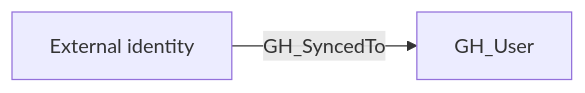
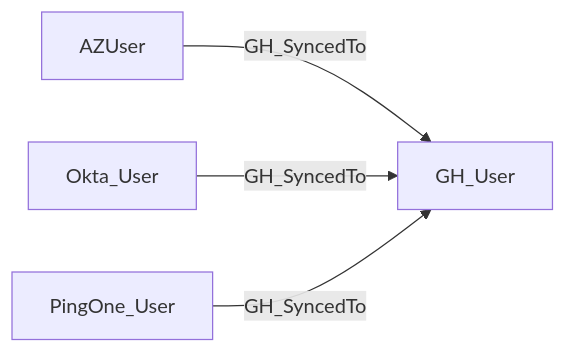
One commit to SpecterOps/openhound-github changed the diagram in descriptions/edges/GH_SyncedTo.md. Above: the diagram before and after it, drawn with Mermaid. The commit also changed other lines of this file and 2 other files, not shown here.

Commit message:
docs: clarify GitHub hybrid edge endpoints

````diff
--- a/descriptions/edges/GH_SyncedTo.md
+++ b/descriptions/edges/GH_SyncedTo.md
@@ -9,6 +9,6 @@
 ```mermaid
 graph LR
-    n0["External identity"]
-    n1["GH_User"]
-    n0 -->|GH_SyncedTo| n1
+    azure["AZUser"] -->|GH_SyncedTo| github["GH_User"]
+    okta["Okta_User"] -->|GH_SyncedTo| github
+    ping["PingOne_User"] -->|GH_SyncedTo| github
 ```
````
